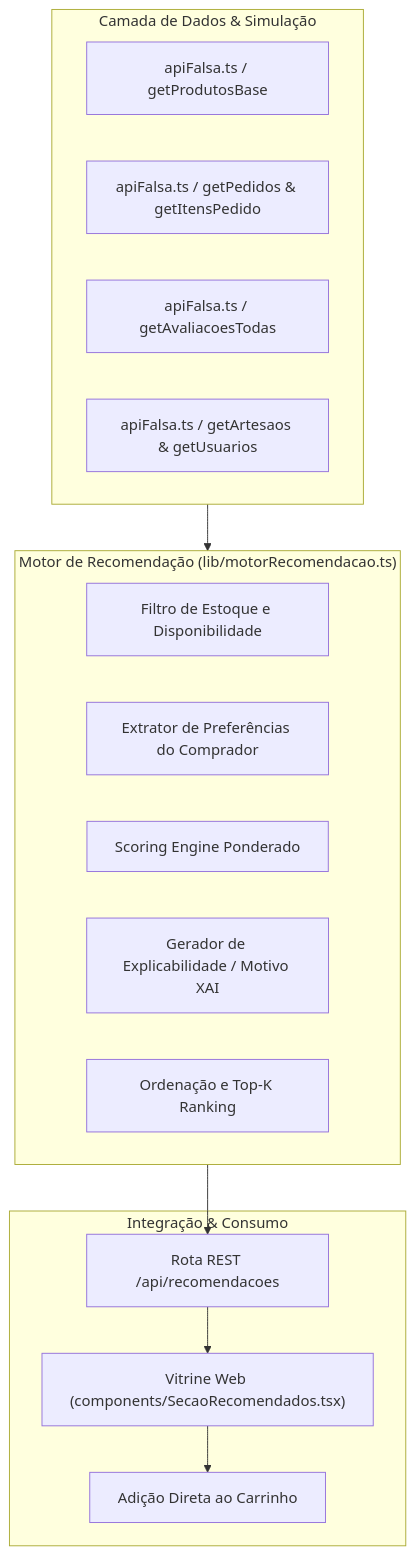
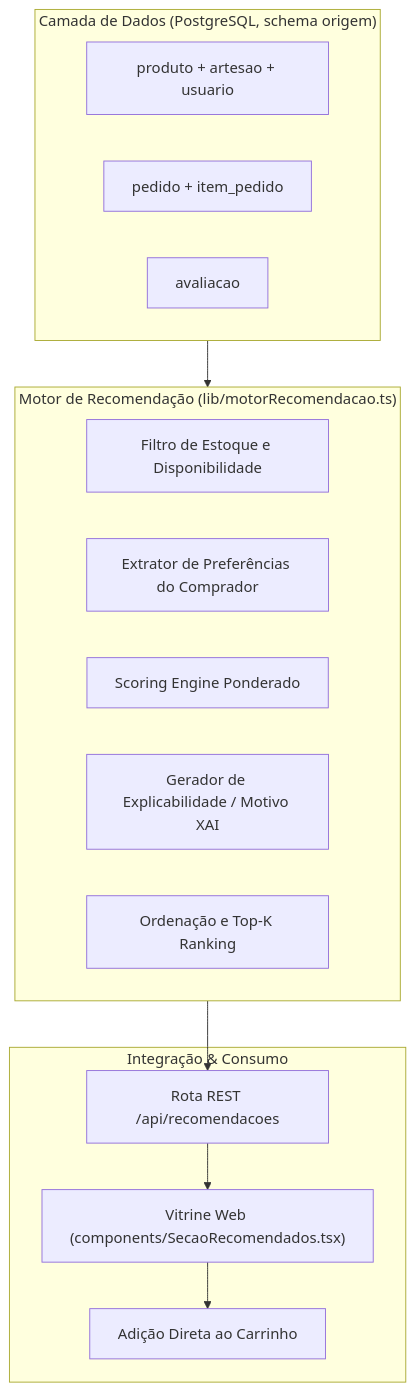
The diagram in docs/BASELINE_IA.md (brunosm26/Raizes-PE), drawn with Mermaid before and after one commit. The commit also changed other lines of this file and 4 other files, not shown here.

````diff
--- a/docs/BASELINE_IA.md
+++ b/docs/BASELINE_IA.md
@@ -30,28 +30,27 @@
 ```mermaid
 flowchart TD
-    subgraph Dados ["Camada de Dados & Simulação"]
-        D1[apiFalsa.ts / getProdutosBase]
-        D2[apiFalsa.ts / getPedidos & getItensPedido]
-        D3[apiFalsa.ts / getAvaliacoesTodas]
-        D4[apiFalsa.ts / getArtesaos & getUsuarios]
+    subgraph Dados ["Camada de Dados (PostgreSQL, schema origem)"]
+        D1["produto + artesao + usuario"]
+        D2["pedido + item_pedido"]
+        D3["avaliacao"]
     end
 
     subgraph MotorIA ["Motor de Recomendação (lib/motorRecomendacao.ts)"]
         F1[Filtro de Estoque e Disponibilidade]
         P1[Extrator de Preferências do Comprador]
         S1[Scoring Engine Ponderado]
         E1[Gerador de Explicabilidade / Motivo XAI]
         O1[Ordenação e Top-K Ranking]
     end
 
     subgraph Integracao ["Integração & Consumo"]
         API["Rota REST /api/recomendacoes"]
         UI["Vitrine Web (components/SecaoRecomendados.tsx)"]
         Carrinho["Adição Direta ao Carrinho"]
     end
 
     Dados --> MotorIA
     MotorIA --> API
     API --> UI
     UI --> Carrinho
 ```
````
